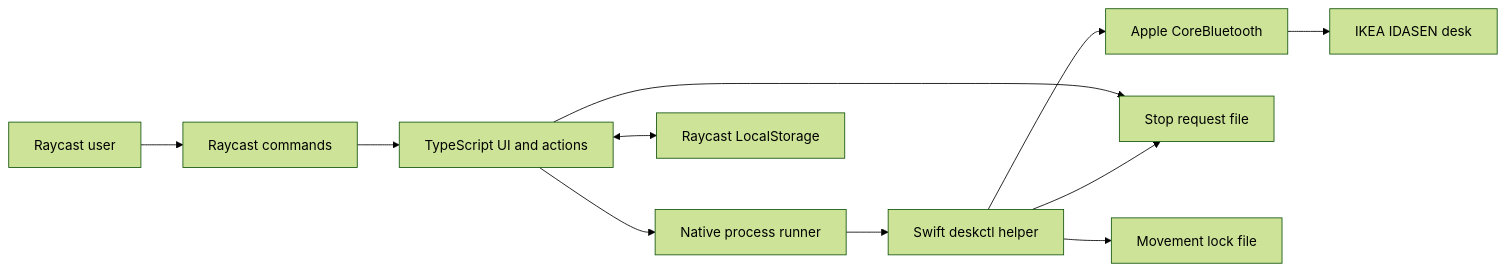
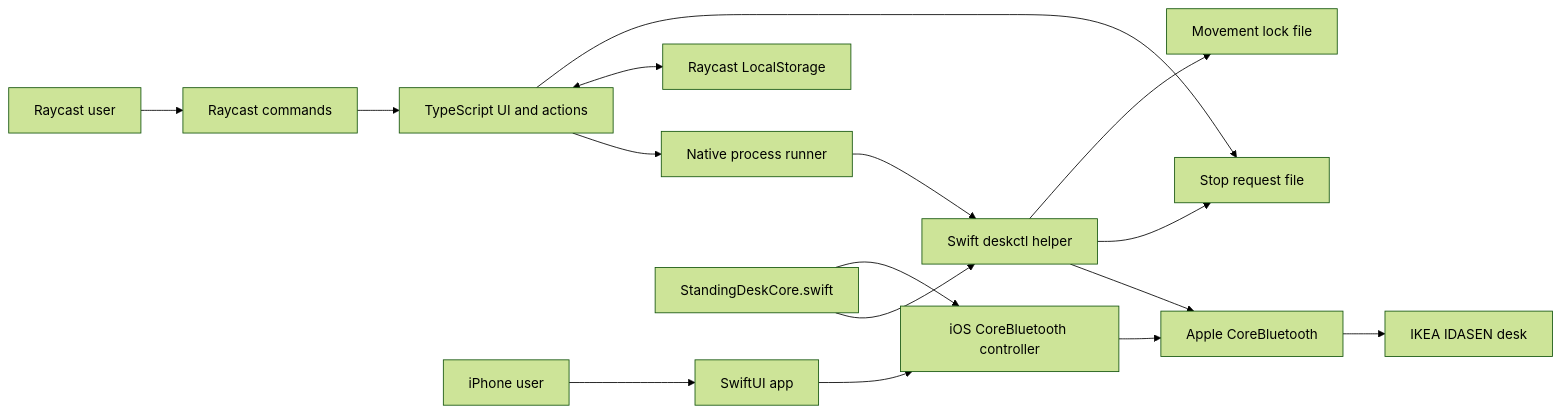
The diagram in docs/ARCHITECTURE.md (cris7ian/raycast-standing-desk), drawn with Mermaid (forest theme) before and after one commit. The commit also changed other lines of this file and 31 other files, not shown here.

Commit message:
Add native iPhone standing desk app

````diff
--- a/docs/ARCHITECTURE.md
+++ b/docs/ARCHITECTURE.md
@@ -7,13 +9,18 @@
 ```mermaid
 flowchart LR
     User[Raycast user] --> Commands[Raycast commands]
     Commands --> UI[TypeScript UI and actions]
     UI --> Runner[Native process runner]
     Runner --> Helper[Swift deskctl helper]
     Helper --> CoreBluetooth[Apple CoreBluetooth]
     CoreBluetooth --> Desk[IKEA IDASEN desk]
     UI <--> Storage[Raycast LocalStorage]
     UI --> StopFile[Stop request file]
     Helper --> StopFile
     Helper --> Lock[Movement lock file]
+    PhoneUser[iPhone user] --> IOS[SwiftUI app]
+    IOS --> IOSBLE[iOS CoreBluetooth controller]
+    IOSBLE --> CoreBluetooth
+    Shared[StandingDeskCore.swift] --> Helper
+    Shared --> IOSBLE
 ```
````
